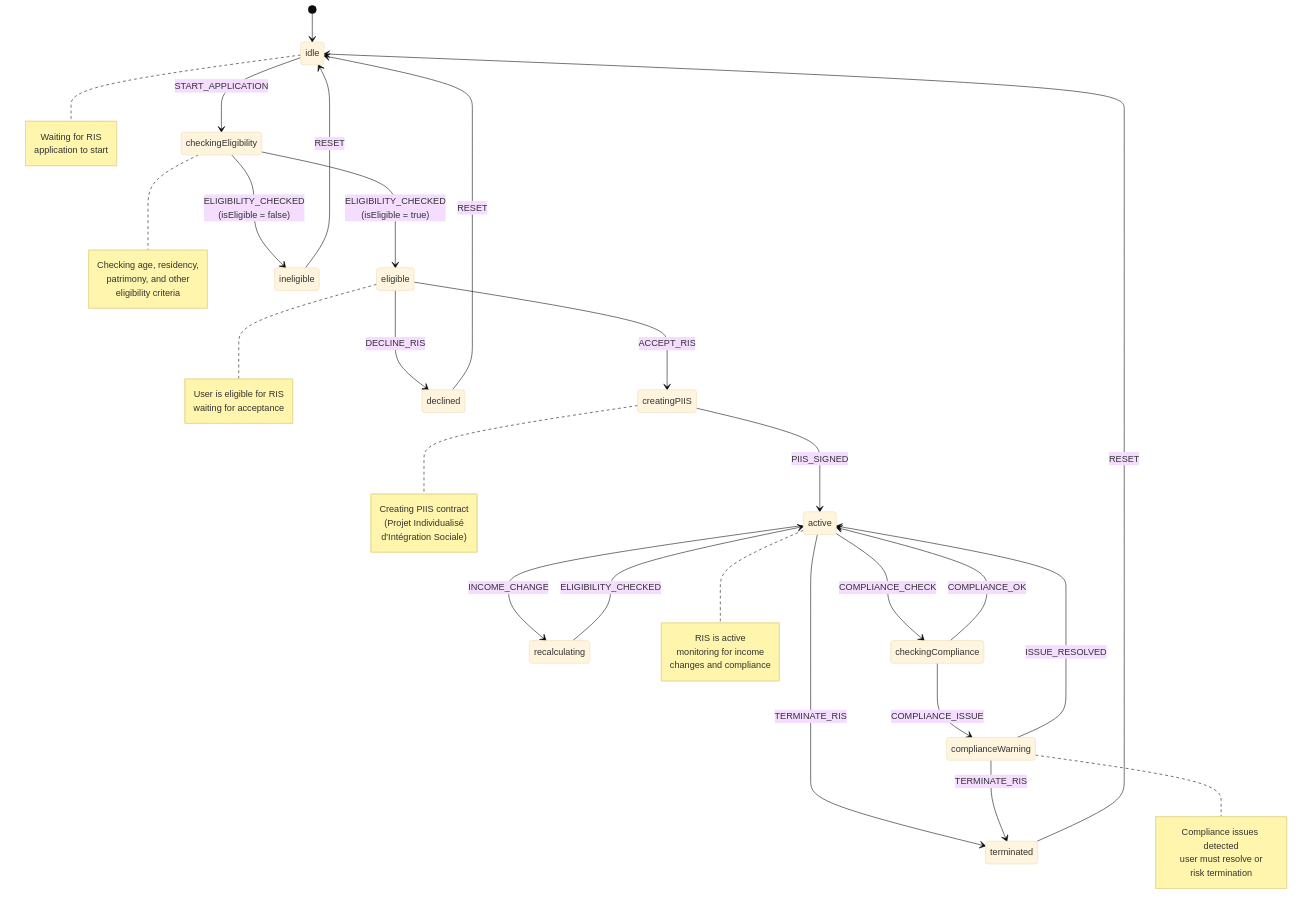
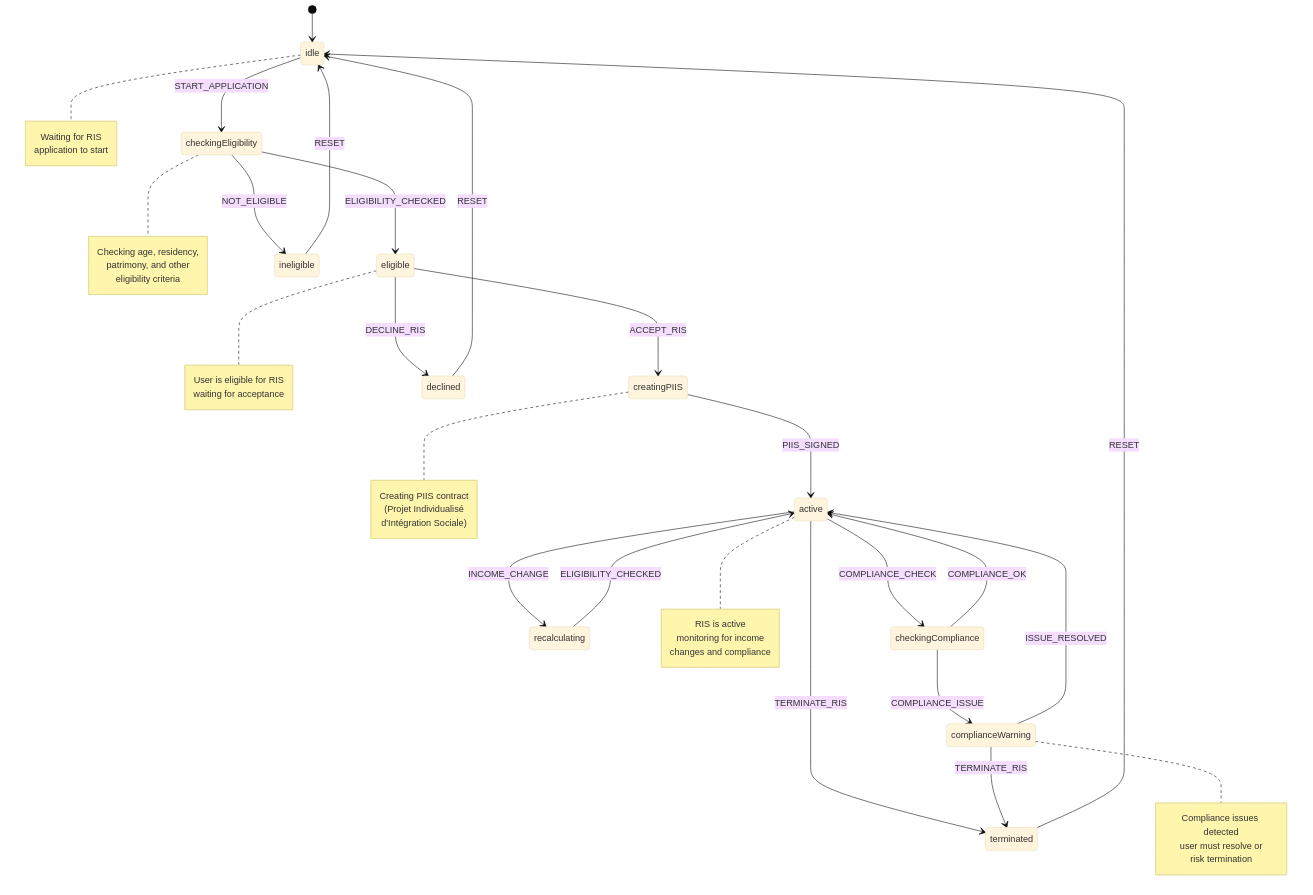
The first of 2 diagrams in docs/state-machines-visualization.md (vanmarkic/PAA), drawn with Mermaid (base theme) before and after one commit. The commit also changed other lines of this file and 4 other files, not shown here.

First line of the commit message:
fix: Resolve Mermaid syntax errors for version 10.9.5 compatibility

````diff
--- a/docs/state-machines-visualization.md
+++ b/docs/state-machines-visualization.md
@@ -5,64 +5,64 @@
 ```mermaid
 stateDiagram-v2
     [*] --> idle
 
     idle --> checkingEligibility: START_APPLICATION
 
-    checkingEligibility --> eligible: ELIGIBILITY_CHECKED<br/>(isEligible = true)
-    checkingEligibility --> ineligible: ELIGIBILITY_CHECKED<br/>(isEligible = false)
+    checkingEligibility --> eligible: ELIGIBILITY_CHECKED
+    checkingEligibility --> ineligible: NOT_ELIGIBLE
 
     eligible --> creatingPIIS: ACCEPT_RIS
     eligible --> declined: DECLINE_RIS
 
     creatingPIIS --> active: PIIS_SIGNED
 
     active --> recalculating: INCOME_CHANGE
     active --> checkingCompliance: COMPLIANCE_CHECK
     active --> terminated: TERMINATE_RIS
 
     recalculating --> active: ELIGIBILITY_CHECKED
 
     checkingCompliance --> active: COMPLIANCE_OK
     checkingCompliance --> complianceWarning: COMPLIANCE_ISSUE
 
     complianceWarning --> active: ISSUE_RESOLVED
     complianceWarning --> terminated: TERMINATE_RIS
 
     ineligible --> idle: RESET
     declined --> idle: RESET
     terminated --> idle: RESET
 
     note right of idle
         Waiting for RIS
         application to start
     end note
 
     note right of checkingEligibility
         Checking age, residency,
         patrimony, and other
         eligibility criteria
     end note
 
     note right of eligible
         User is eligible for RIS
         waiting for acceptance
     end note
 
     note right of creatingPIIS
         Creating PIIS contract
         (Projet Individualisé
         d'Intégration Sociale)
     end note
 
     note right of active
         RIS is active
         monitoring for income
         changes and compliance
     end note
 
     note right of complianceWarning
         Compliance issues detected
         user must resolve or
         risk termination
     end note
 ```
````
